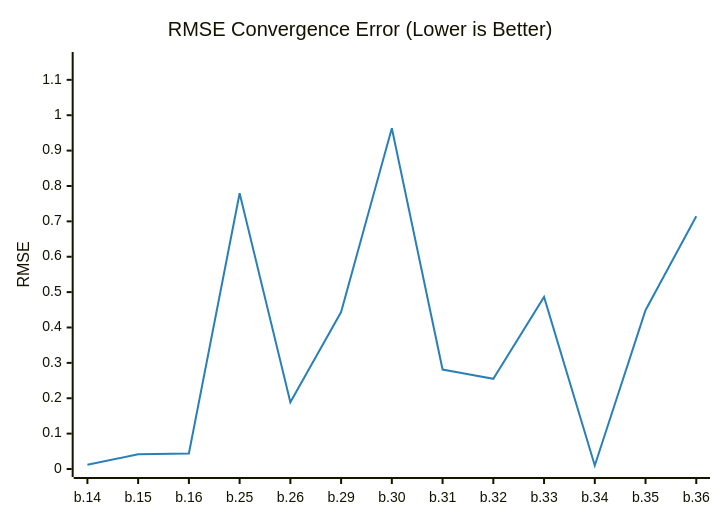
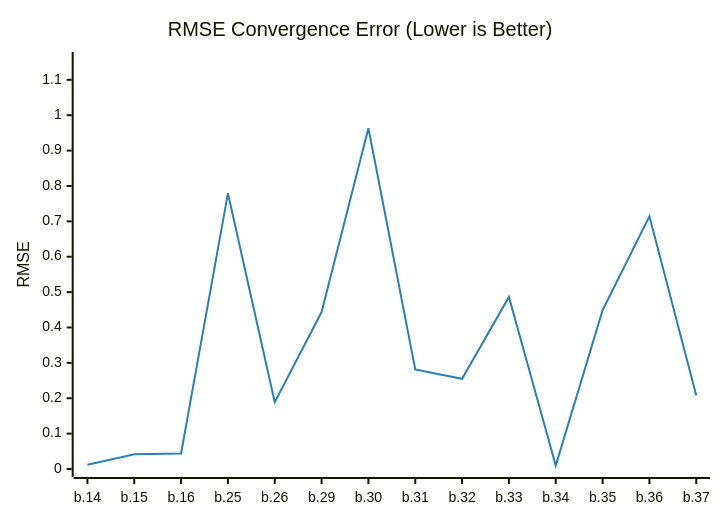
The diagram in README.md (timo-eberl/tracy), drawn with Mermaid before and after one commit. The commit also changed other lines of this file and 2 other files, not shown here.

````diff
--- a/README.md
+++ b/README.md
@@ -13,14 +13,14 @@
 ```mermaid
 ---
 config:
     theme: base
     themeVariables:
         xyChart:
             plotColorPalette: "#2980b9"
 ---
 xychart-beta
     title "RMSE Convergence Error (Lower is Better)"
-    x-axis ["b.14", "b.15", "b.16", "b.25", "b.26", "b.29", "b.30", "b.31", "b.32", "b.33", "b.34", "b.35", "b.36"]
+    x-axis ["b.14", "b.15", "b.16", "b.25", "b.26", "b.29", "b.30", "b.31", "b.32", "b.33", "b.34", "b.35", "b.36", "b.37"]
     y-axis "RMSE" 0 --> 1.1561
-    line [0.012064, 0.041607, 0.043946, 0.7793, 0.1888, 0.4436, 0.9634, 0.2812, 0.2549, 0.4864, 0.0098, 0.4489, 0.7142]
+    line [0.012064, 0.041607, 0.043946, 0.7793, 0.1888, 0.4436, 0.9634, 0.2812, 0.2549, 0.4864, 0.0098, 0.4489, 0.7142, 0.2079]
 ```
````
